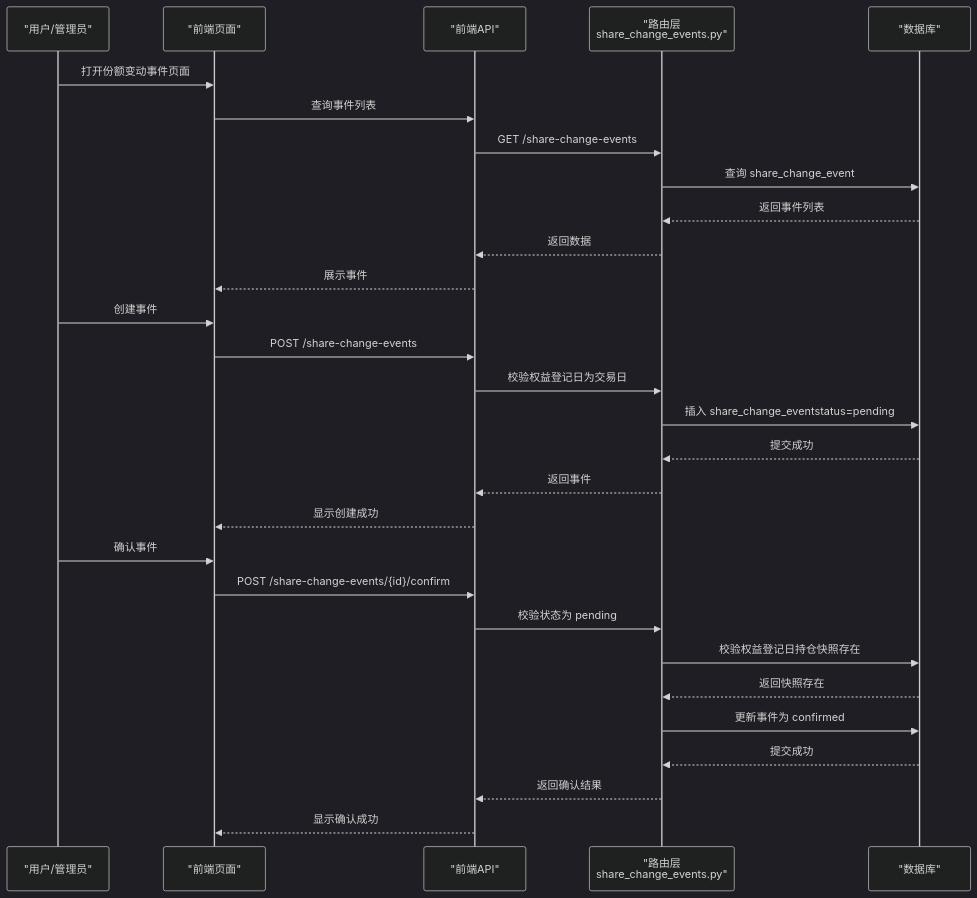
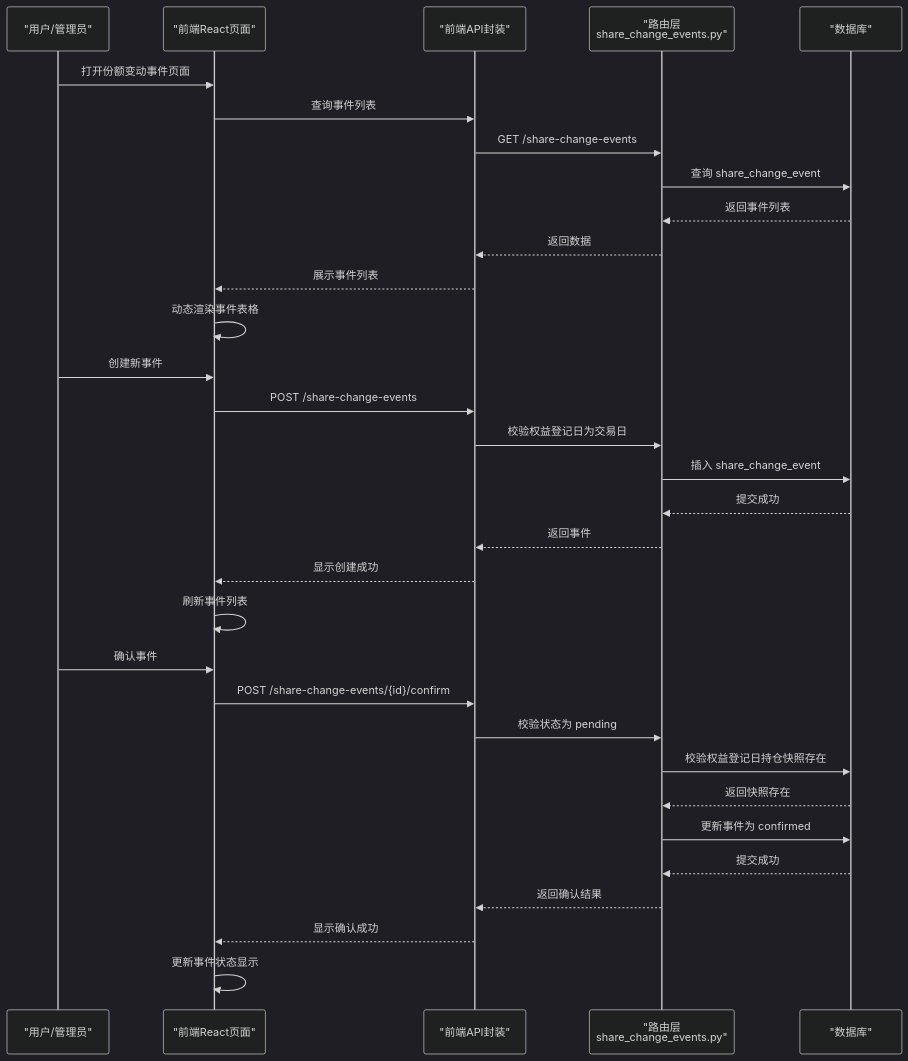
Before and after one commit to gujialind/InvestRing: the second of 3 diagrams in .qoder/repowiki/zh/content/核心业务功能/份额变动事件.md, drawn with Mermaid (dark theme). The commit also changed other lines of this file and 16 other files, not shown here.

````diff
--- a/.qoder/repowiki/zh/content/核心业务功能/份额变动事件.md
+++ b/.qoder/repowiki/zh/content/核心业务功能/份额变动事件.md
@@ -93,31 +94,34 @@
 ```mermaid
 sequenceDiagram
 participant U as "用户/管理员"
-participant FE as "前端页面"
-participant API as "前端API"
+participant FE as "前端React页面"
+participant API as "前端API封装"
 participant R as "路由层<br/>share_change_events.py"
 participant DB as "数据库"
 U->>FE : 打开份额变动事件页面
 FE->>API : 查询事件列表
 API->>R : GET /share-change-events
 R->>DB : 查询 share_change_event
 DB-->>R : 返回事件列表
 R-->>API : 返回数据
-API-->>FE : 展示事件
-U->>FE : 创建事件
+API-->>FE : 展示事件列表
+FE->>FE : 动态渲染事件表格
+U->>FE : 创建新事件
 FE->>API : POST /share-change-events
 API->>R : 校验权益登记日为交易日
-R->>DB : 插入 share_change_eventstatus=pending
+R->>DB : 插入 share_change_event
 DB-->>R : 提交成功
 R-->>API : 返回事件
 API-->>FE : 显示创建成功
+FE->>FE : 刷新事件列表
 U->>FE : 确认事件
 FE->>API : POST /share-change-events/{id}/confirm
 API->>R : 校验状态为 pending
 R->>DB : 校验权益登记日持仓快照存在
 DB-->>R : 返回快照存在
 R->>DB : 更新事件为 confirmed
 DB-->>R : 提交成功
 R-->>API : 返回确认结果
 API-->>FE : 显示确认成功
+FE->>FE : 更新事件状态显示
 ```
````
